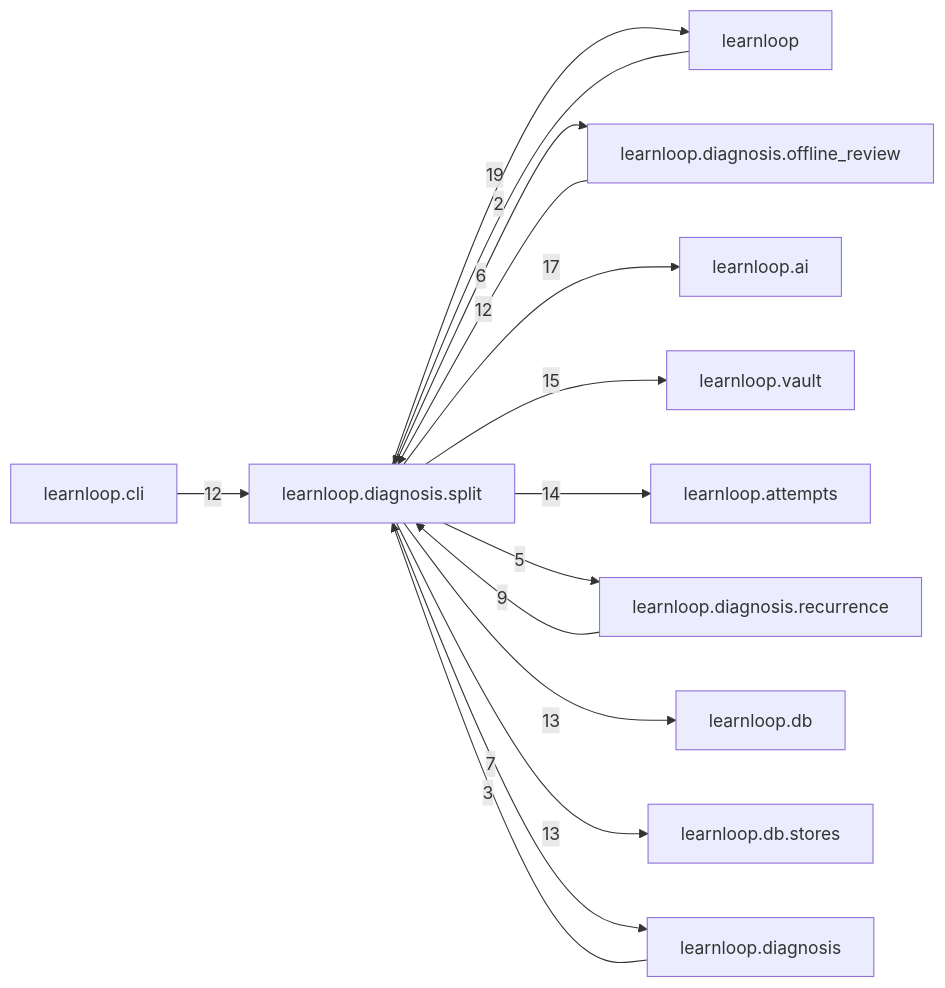
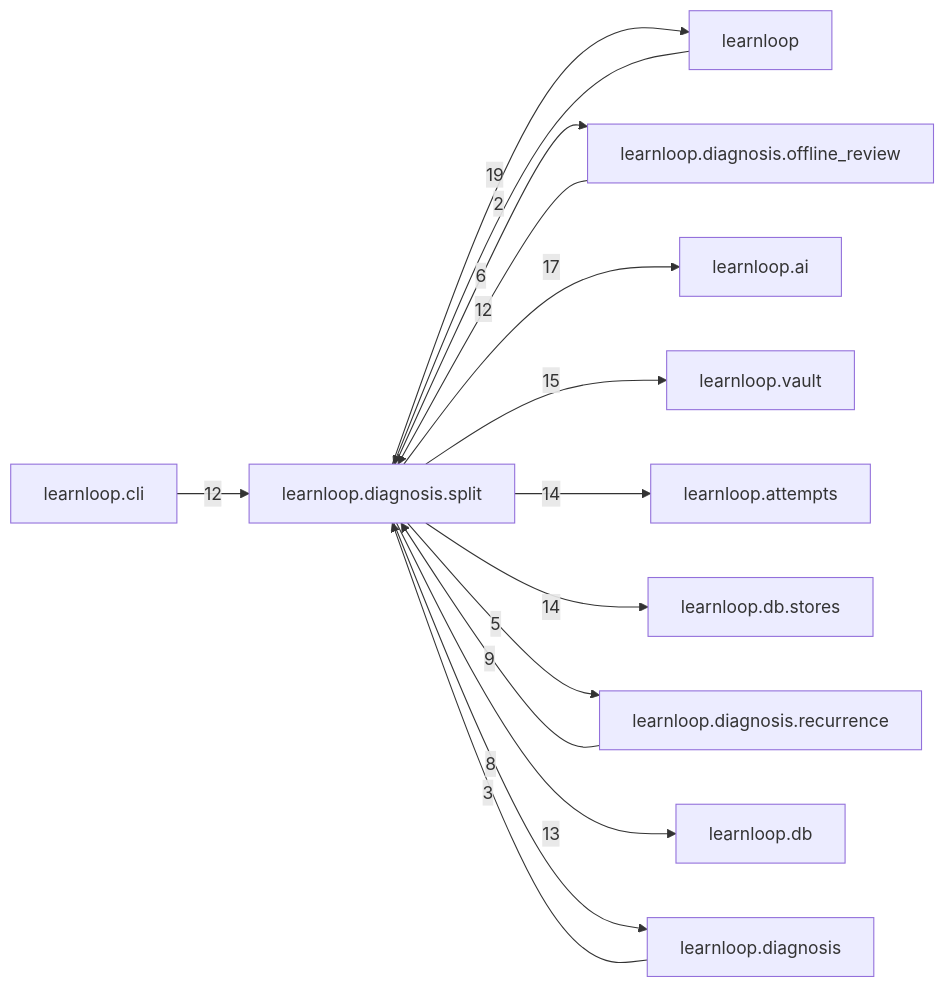
The diagram in docs/learnloop-architecture-vault/Reference/Modules/learnloop/diagnosis/split/_package.md (6up-b/learnanything), drawn with Mermaid before and after one commit. The commit also changed other lines of this file and 55 other files, not shown here.

````diff
--- a/docs/learnloop-architecture-vault/Reference/Modules/learnloop/diagnosis/split/_package.md
+++ b/docs/learnloop-architecture-vault/Reference/Modules/learnloop/diagnosis/split/_package.md
@@ -121,28 +121,28 @@
 ```mermaid
 flowchart LR
     center["learnloop.diagnosis.split"]
     n_learnloop["learnloop"]
     n_learnloop_diagnosis_offline_review["learnloop.diagnosis.offline_review"]
     n_learnloop_ai["learnloop.ai"]
     n_learnloop_vault["learnloop.vault"]
     n_learnloop_attempts["learnloop.attempts"]
+    n_learnloop_db_stores["learnloop.db.stores"]
     n_learnloop_diagnosis_recurrence["learnloop.diagnosis.recurrence"]
     n_learnloop_db["learnloop.db"]
-    n_learnloop_db_stores["learnloop.db.stores"]
     n_learnloop_cli["learnloop.cli"]
     n_learnloop_diagnosis["learnloop.diagnosis"]
     n_learnloop -->|2| center
     center -->|19| n_learnloop
     n_learnloop_diagnosis_offline_review -->|12| center
     center -->|6| n_learnloop_diagnosis_offline_review
     center -->|17| n_learnloop_ai
     center -->|15| n_learnloop_vault
     center -->|14| n_learnloop_attempts
+    center -->|14| n_learnloop_db_stores
     n_learnloop_diagnosis_recurrence -->|9| center
     center -->|5| n_learnloop_diagnosis_recurrence
     center -->|13| n_learnloop_db
-    center -->|13| n_learnloop_db_stores
     n_learnloop_cli -->|12| center
     n_learnloop_diagnosis -->|3| center
-    center -->|7| n_learnloop_diagnosis
+    center -->|8| n_learnloop_diagnosis
 ```
````
